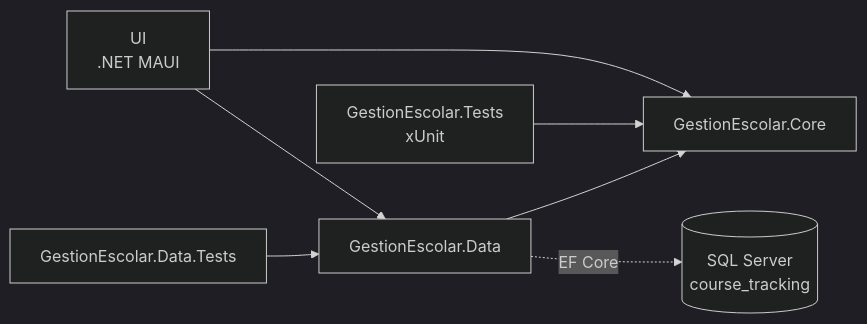
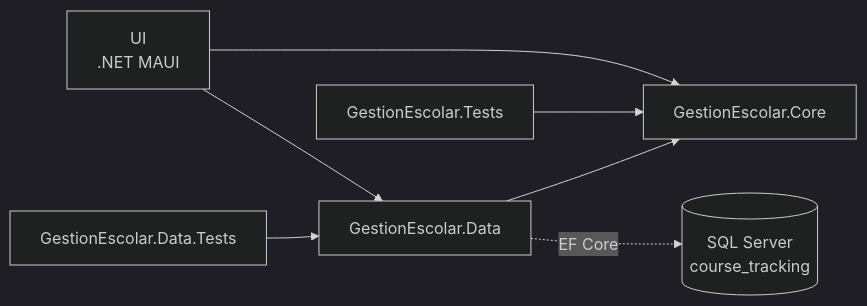
One commit to bautistacarratu06/PP2 changed the first of 2 diagrams in GestionEscolar/ARCHITECTURE.md. Above: the diagram before and after it, drawn with Mermaid (dark theme). The commit also changed other lines of this file and 1 other file, not shown here.

Commit message:
update arc diagrams

````diff
--- a/GestionEscolar/ARCHITECTURE.md
+++ b/GestionEscolar/ARCHITECTURE.md
@@ -48,9 +51,9 @@
 ```mermaid
 graph LR
     UI[UI<br/>.NET MAUI] --> Core[GestionEscolar.Core]
     UI --> Data[GestionEscolar.Data]
     Data --> Core
-    Tests[GestionEscolar.Tests<br/>xUnit] --> Core
+    Tests[GestionEscolar.Tests] --> Core
     DataTests[GestionEscolar.Data.Tests] --> Data
     Data -. EF Core .-> DB[(SQL Server<br/>course_tracking)]
 ```
````
